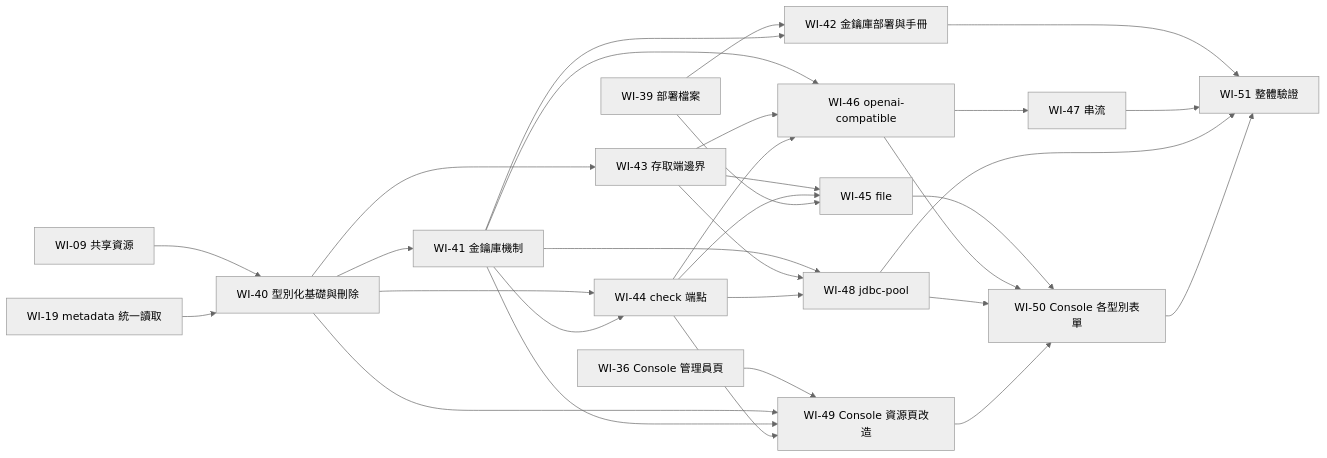
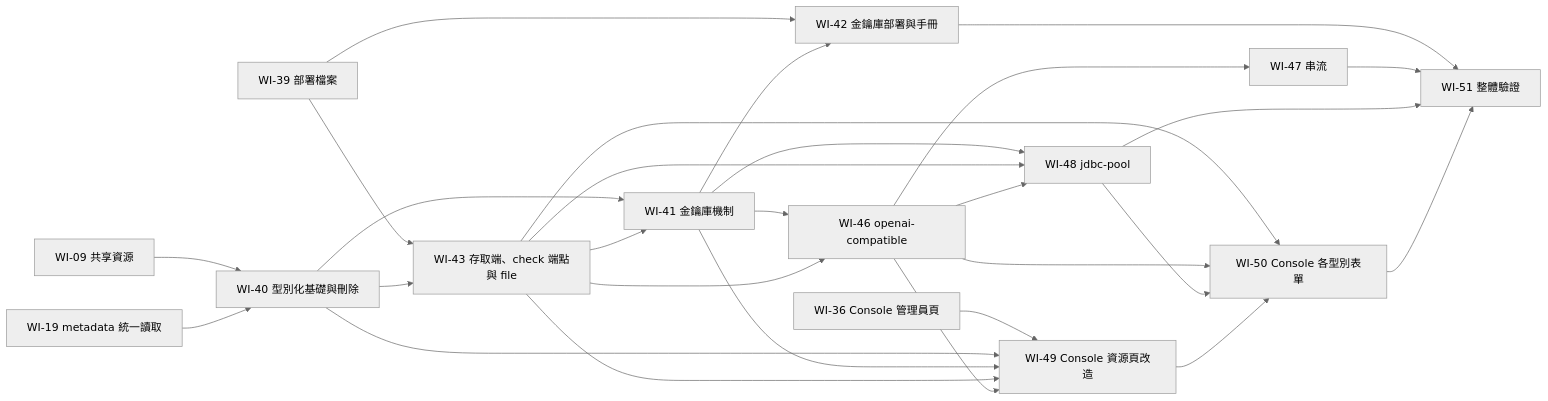
The diagram in docs/stable/pipeline-engine/work-items/README.md (lanyitin/runline), drawn with Mermaid (neutral theme) before and after one commit. The commit also changed other lines of this file and 11 other files, not shown here.

````diff
--- a/docs/stable/pipeline-engine/work-items/README.md
+++ b/docs/stable/pipeline-engine/work-items/README.md
@@ -66,33 +70,30 @@
 ```mermaid
 flowchart LR
   WI09[WI-09 共享資源] --> WI40[WI-40 型別化基礎與刪除]
   WI19[WI-19 metadata 統一讀取] --> WI40
-  WI40 --> WI41[WI-41 金鑰庫機制]
-  WI40 --> WI43[WI-43 存取端邊界]
-  WI40 --> WI44[WI-44 check 端點]
-  WI41 --> WI44
-  WI39[WI-39 部署檔案] --> WI42[WI-42 金鑰庫部署與手冊]
+  WI39[WI-39 部署檔案] --> WI43[WI-43 存取端、check 端點與 file]
+  WI40 --> WI43
+  WI40 --> WI41
+  WI43 --> WI41[WI-41 金鑰庫機制]
+  WI39 --> WI42[WI-42 金鑰庫部署與手冊]
   WI41 --> WI42
-  WI43 --> WI45[WI-45 file]
-  WI44 --> WI45
-  WI39 --> WI45
   WI41 --> WI46[WI-46 openai-compatible]
   WI43 --> WI46
-  WI44 --> WI46
   WI46 --> WI47[WI-47 串流]
   WI41 --> WI48[WI-48 jdbc-pool]
   WI43 --> WI48
-  WI44 --> WI48
+  WI46 --> WI48
   WI36[WI-36 Console 管理員頁] --> WI49[WI-49 Console 資源頁改造]
   WI40 --> WI49
   WI41 --> WI49
-  WI44 --> WI49
-  WI45 --> WI50[WI-50 Console 各型別表單]
+  WI43 --> WI49
+  WI46 --> WI49
+  WI43 --> WI50[WI-50 Console 各型別表單]
   WI46 --> WI50
   WI48 --> WI50
   WI49 --> WI50
   WI42 --> WI51[WI-51 整體驗證]
   WI47 --> WI51
   WI48 --> WI51
   WI50 --> WI51
 ```
````
